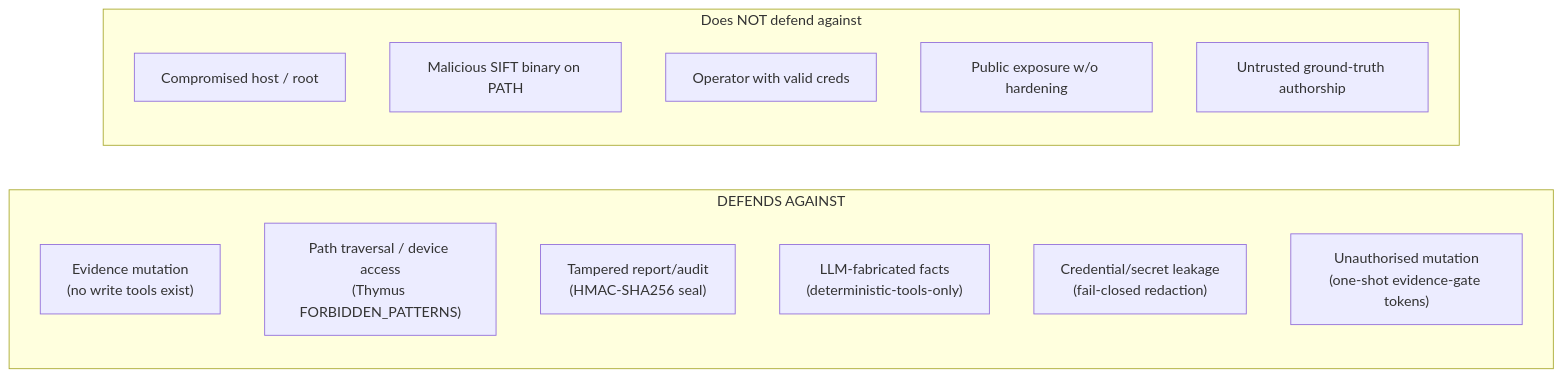
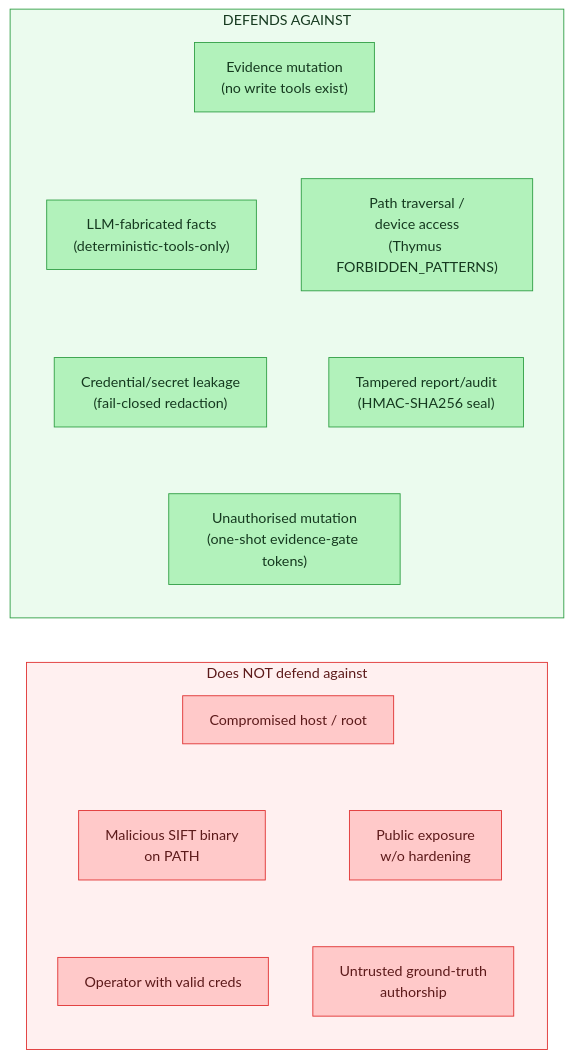
The second of 2 diagrams in docs/07-sdlc-ops/security-model.md (galvangabriel-web/agentropix-mcp), drawn with Mermaid before and after one commit. The commit also changed other lines of this file and 20 other files, not shown here.

First line of the commit message:
Diagram readability pass (workflow): redesign diagrams for size/clarity + audit log

````diff
--- a/docs/07-sdlc-ops/security-model.md
+++ b/docs/07-sdlc-ops/security-model.md
@@ -106,18 +118,39 @@
 ```mermaid
-graph LR
+graph TB
     subgraph defends["DEFENDS AGAINST"]
+        direction TB
         D1["Evidence mutation<br/>(no write tools exist)"]
-        D2["Path traversal / device access<br/>(Thymus FORBIDDEN_PATTERNS)"]
+        D2["Path traversal /<br/>device access<br/>(Thymus FORBIDDEN_PATTERNS)"]
         D3["Tampered report/audit<br/>(HMAC-SHA256 seal)"]
         D4["LLM-fabricated facts<br/>(deterministic-tools-only)"]
         D5["Credential/secret leakage<br/>(fail-closed redaction)"]
         D6["Unauthorised mutation<br/>(one-shot evidence-gate tokens)"]
+        D1 ~~~ D2 ~~~ D3
+        D4 ~~~ D5 ~~~ D6
+        D1 ~~~ D4
+        D2 ~~~ D5
+        D3 ~~~ D6
     end
     subgraph nodefend["Does NOT defend against"]
+        direction TB
         N1["Compromised host / root"]
-        N2["Malicious SIFT binary on PATH"]
+        N2["Malicious SIFT binary<br/>on PATH"]
         N3["Operator with valid creds"]
-        N4["Public exposure w/o hardening"]
-        N5["Untrusted ground-truth authorship"]
+        N4["Public exposure<br/>w/o hardening"]
+        N5["Untrusted ground-truth<br/>authorship"]
+        N1 ~~~ N2 ~~~ N3
+        N4 ~~~ N5
+        N1 ~~~ N4
+        N2 ~~~ N5
     end
+    defends ~~~ nodefend
+
+    classDef core fill:#b2f2bb,stroke:#2f9e44,color:#15391f
+    classDef gov fill:#ffc9c9,stroke:#e03131,color:#5c1a1a
+
+    class D1,D2,D3,D4,D5,D6 core
+    class N1,N2,N3,N4,N5 gov
+
+    style defends fill:#ebfbee,stroke:#2f9e44,color:#15391f
+    style nodefend fill:#fff0f0,stroke:#e03131,color:#5c1a1a
 ```
````
